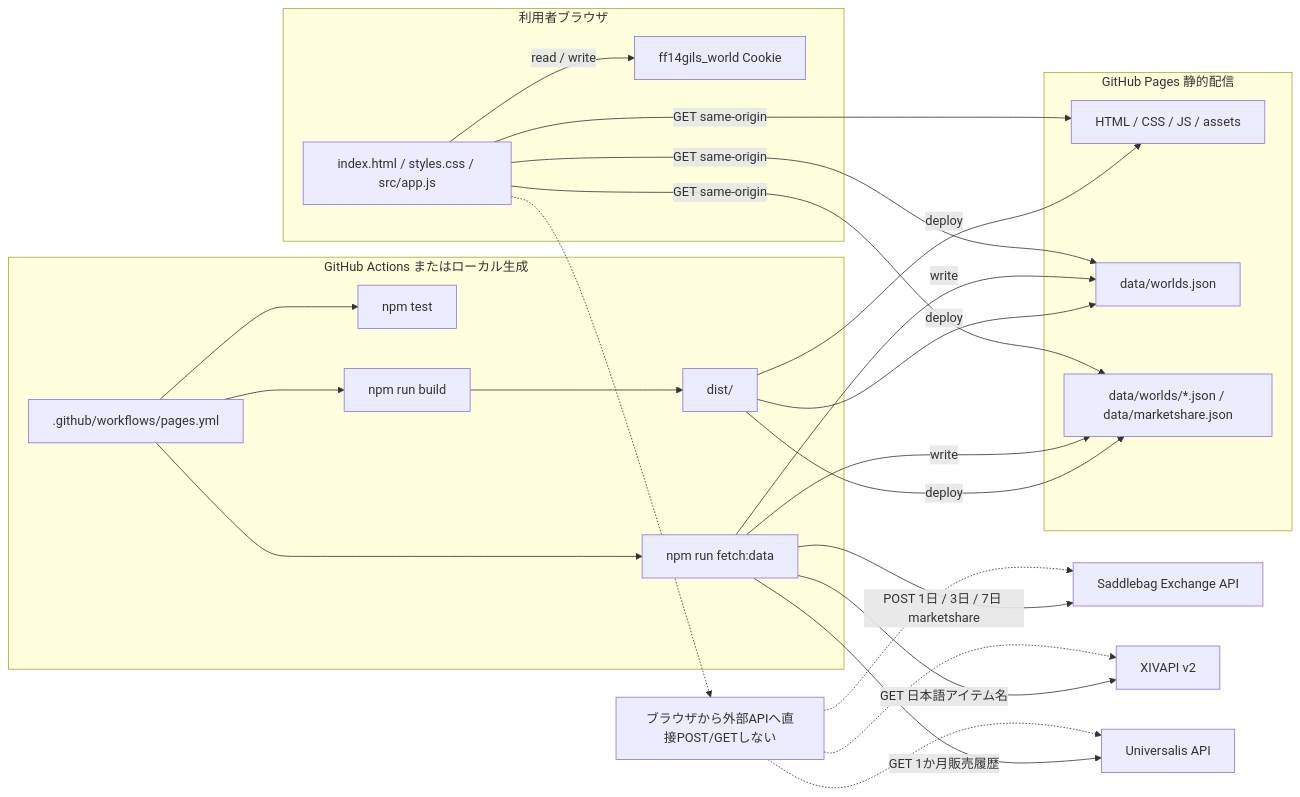
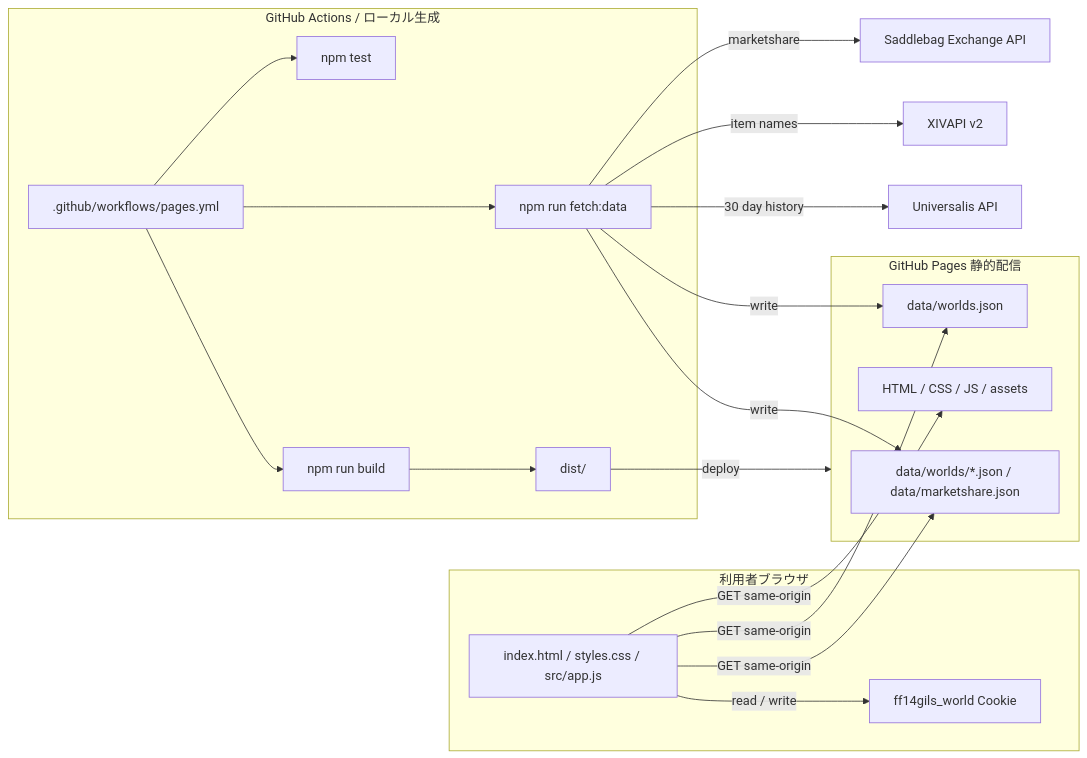
The diagram in README.md (jinwktk/FF14Gils), drawn with Mermaid before and after one commit. The commit also changed other lines of this file and 1 other file, not shown here.

````diff
--- a/README.md
+++ b/README.md
@@ -14,48 +14,41 @@
 ```mermaid
 flowchart LR
   subgraph Browser["利用者ブラウザ"]
     Ui["index.html / styles.css / src/app.js"]
     Cookie["ff14gils_world Cookie"]
   end
 
   subgraph Pages["GitHub Pages 静的配信"]
     Static["HTML / CSS / JS / assets"]
     WorldIndex["data/worlds.json"]
     Snapshots["data/worlds/*.json / data/marketshare.json"]
   end
 
-  subgraph Pipeline["GitHub Actions またはローカル生成"]
+  subgraph Pipeline["GitHub Actions / ローカル生成"]
     Workflow[".github/workflows/pages.yml"]
     Tests["npm test"]
     FetchData["npm run fetch:data"]
     Build["npm run build"]
     Dist["dist/"]
   end
 
   Saddlebag["Saddlebag Exchange API"]
   Xivapi["XIVAPI v2"]
   Universalis["Universalis API"]
 
   Ui -->|"GET same-origin"| Static
   Ui -->|"GET same-origin"| WorldIndex
   Ui -->|"GET same-origin"| Snapshots
   Ui -->|"read / write"| Cookie
-  NoDirect["ブラウザから外部APIへ直接POST/GETしない"]
-  Ui -.-> NoDirect
-  NoDirect -.-> Saddlebag
-  NoDirect -.-> Xivapi
-  NoDirect -.-> Universalis
 
   Workflow --> Tests
   Workflow --> FetchData
   Workflow --> Build
-  FetchData -->|"POST 1日 / 3日 / 7日 marketshare"| Saddlebag
-  FetchData -->|"GET 日本語アイテム名"| Xivapi
-  FetchData -->|"GET 1か月販売履歴"| Universalis
+  FetchData -->|"marketshare"| Saddlebag
+  FetchData -->|"item names"| Xivapi
+  FetchData -->|"30 day history"| Universalis
   FetchData -->|"write"| WorldIndex
   FetchData -->|"write"| Snapshots
   Build --> Dist
-  Dist -->|"deploy"| Static
-  Dist -->|"deploy"| WorldIndex
-  Dist -->|"deploy"| Snapshots
+  Dist -->|"deploy"| Pages
 ```
````
